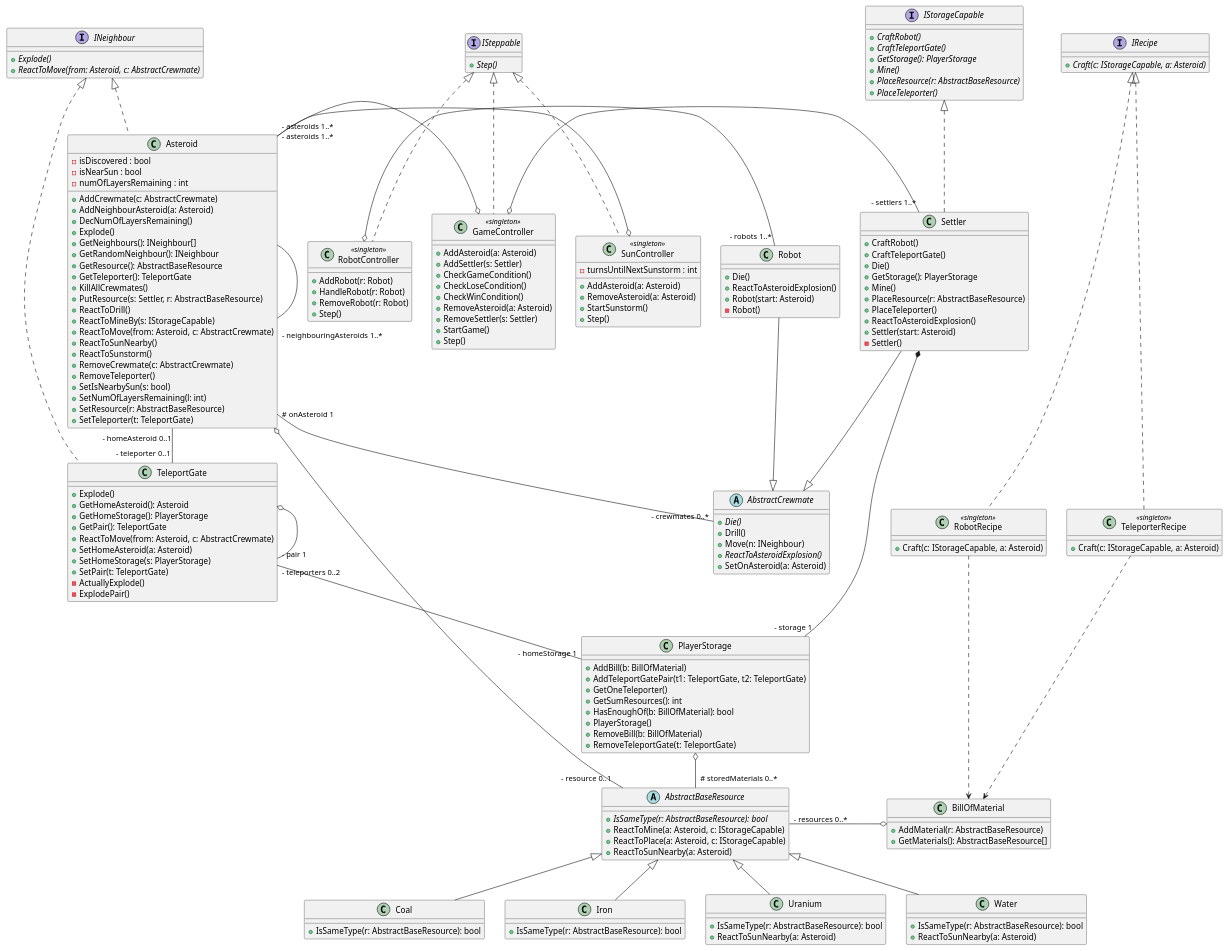
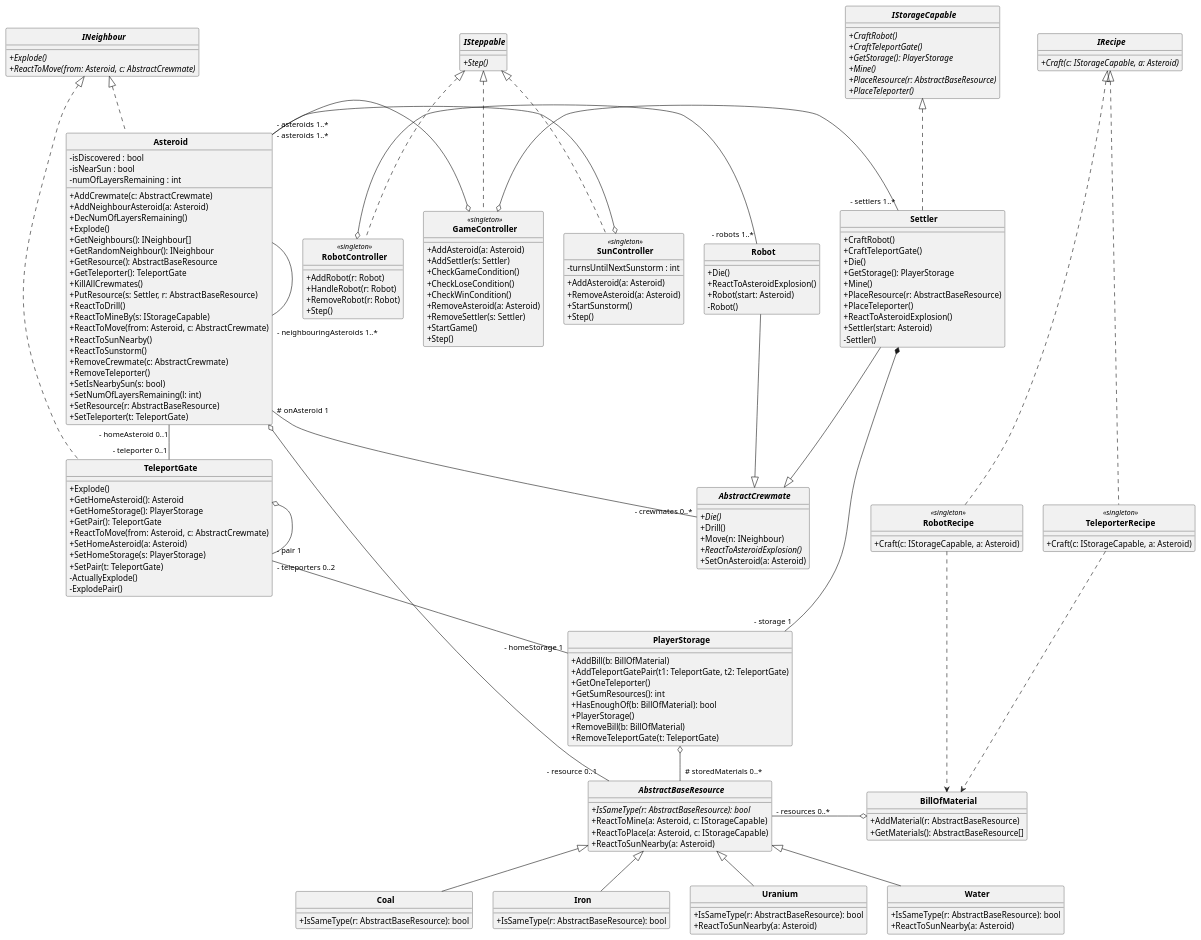
One commit to bbucsy/projlab_holy_oil changed the diagram in uml/class_diagrams/class.plantuml. Above: the diagram before and after it, drawn with PlantUML.

Commit message:
skinparam

```diff
--- a/uml/class_diagrams/class.plantuml
+++ b/uml/class_diagrams/class.plantuml
@@ -1,4 +1,10 @@
 @startuml classdiagram
+
+skinparam ClassAttributeIconSize 0
+skinparam CircledCharacterRadius 0
+skinparam CircledCharacterFontSize 0
+skinparam ClassFontStyle bold
+
 
 ' Storage
 class PlayerStorage {
```
